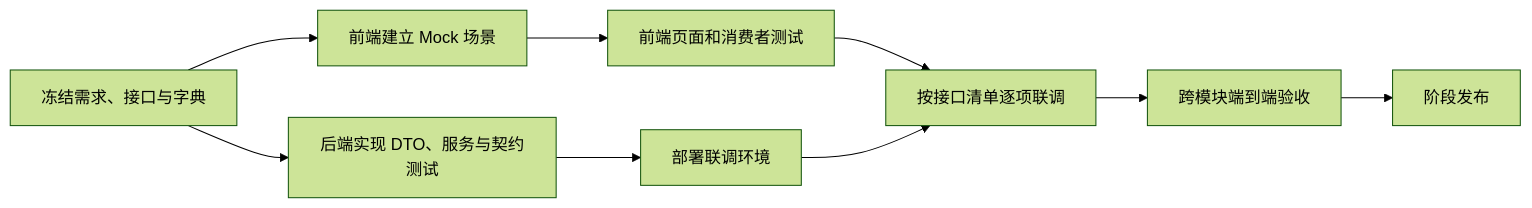
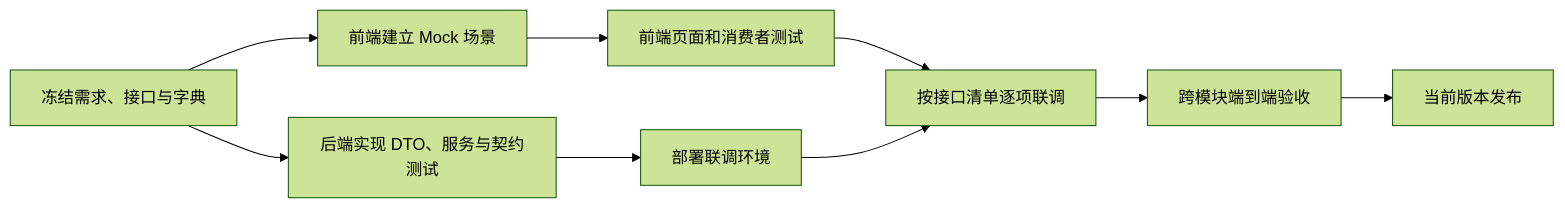
The diagram in docs/development/frontend-backend-parallel-development.md (Krazisor/shiguang_mall_server), drawn with Mermaid (forest theme) before and after one commit. The commit also changed other lines of this file and 11 other files, not shown here.

````diff
--- a/docs/development/frontend-backend-parallel-development.md
+++ b/docs/development/frontend-backend-parallel-development.md
@@ -50,11 +57,11 @@
 ```mermaid
 flowchart LR
     Contract["冻结需求、接口与字典"] --> Mock["前端建立 Mock 场景"]
     Contract --> Backend["后端实现 DTO、服务与契约测试"]
     Mock --> Frontend["前端页面和消费者测试"]
     Backend --> Env["部署联调环境"]
     Frontend --> Joint["按接口清单逐项联调"]
     Env --> Joint
     Joint --> E2E["跨模块端到端验收"]
-    E2E --> Release["阶段发布"]
+    E2E --> Release["当前版本发布"]
 ```
````
